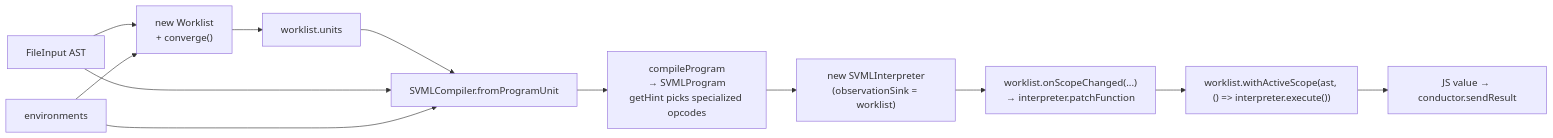
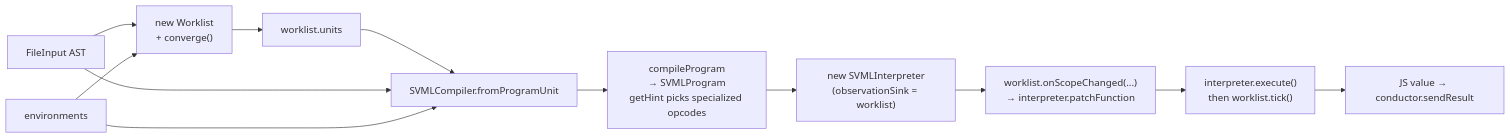
Before and after one commit to loyaltypollution/py-slang: the fourth of 6 diagrams in docs/compilation-flow.md, drawn with Mermaid. The commit also changed other lines of this file and 33 other files, not shown here.

````diff
--- a/docs/compilation-flow.md
+++ b/docs/compilation-flow.md
@@ -279,19 +280,19 @@
 ```mermaid
 flowchart LR
     AST["FileInput AST"]
     ENV["environments"]
     WL["new Worklist<br/>+ converge()"]
     UNITS["worklist.units"]
     COMP["SVMLCompiler.fromProgramUnit"]
     EMIT["compileProgram<br/>→ SVMLProgram<br/>getHint picks specialized opcodes"]
     INT["new SVMLInterpreter<br/>(observationSink = worklist)"]
     LISTEN["worklist.onScopeChanged(...)<br/>→ interpreter.patchFunction"]
-    RUN["worklist.withActiveScope(ast, () => interpreter.execute())"]
+    RUN["interpreter.execute()<br/>then worklist.tick()"]
     OUT["JS value → conductor.sendResult"]
 
     AST --> WL
     ENV --> WL
     WL --> UNITS --> COMP --> EMIT --> INT --> LISTEN --> RUN --> OUT
     AST --> COMP
     ENV --> COMP
 ```
````
